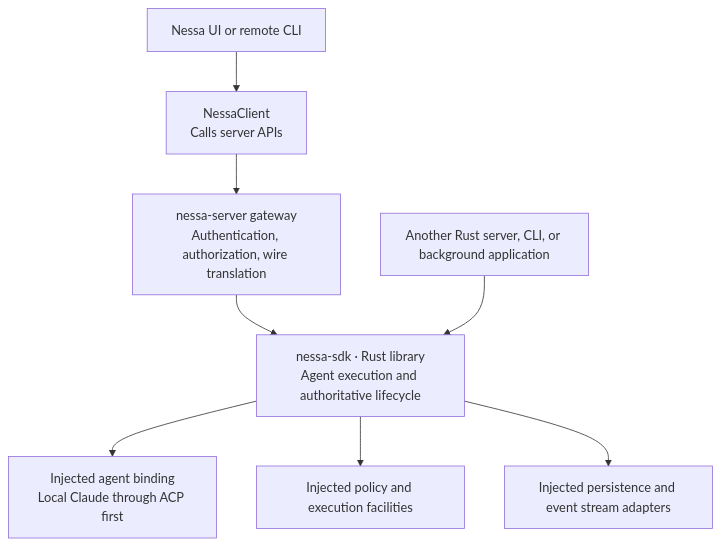
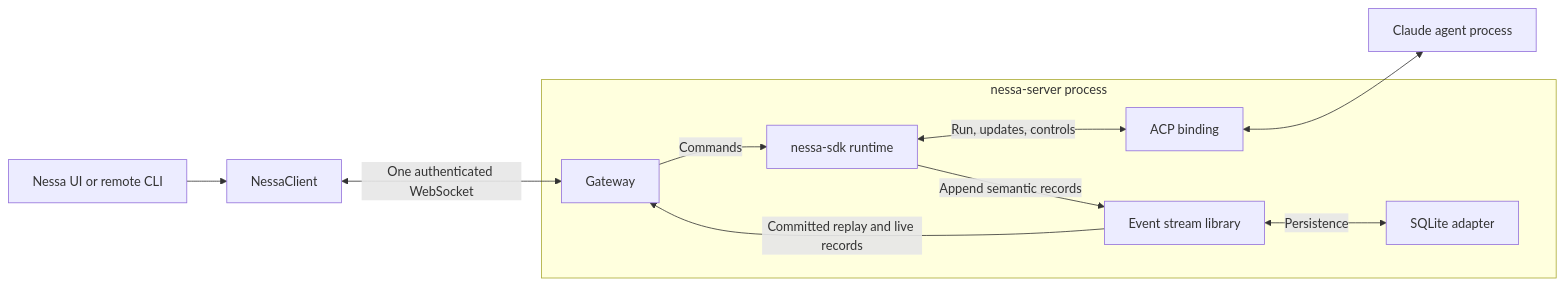
Before and after one commit to nessalabs/nessa-agent: the first of 9 diagrams in docs/adr/todo/0008-agent-client-api.md, drawn with Mermaid. The commit also changed other lines of this file and 43 other files, not shown here.

First line of the commit message:
Implement model metadata catalog and document agent runtime boundaries (#25)

````diff
--- a/docs/adr/todo/0008-agent-client-api.md
+++ b/docs/adr/todo/0008-agent-client-api.md
@@ -51,10 +71,13 @@
 ```mermaid
-flowchart TD
-    UI["Nessa UI or remote CLI"] --> Client["NessaClient<br/>Calls server APIs"]
-    Client --> Gateway["nessa-server gateway<br/>Authentication, authorization, wire translation"]
-    Gateway --> SDK["nessa-sdk · Rust library<br/>Agent execution and authoritative lifecycle"]
-    Host["Another Rust server, CLI, or background application"] --> SDK
-    SDK --> Binding["Injected agent binding<br/>Local Claude through ACP first"]
-    SDK --> Policy["Injected policy and execution facilities"]
-    SDK --> Records["Injected persistence and event stream adapters"]
+flowchart LR
+    UI["Nessa UI or remote CLI"] --> Client["NessaClient"]
+    Client <-->|"One authenticated WebSocket"| Gateway
+    subgraph Server["nessa-server process"]
+        Gateway["Gateway"] -->|"Commands"| SDK["nessa-sdk runtime"]
+        SDK <-->|"Run, updates, controls"| Binding["ACP binding"]
+        SDK -->|"Append semantic records"| Stream["Event stream library"]
+        Stream -->|"Committed replay and live records"| Gateway
+        Stream <-->|"Persistence"| Storage["SQLite adapter"]
+    end
+    Binding <--> Agent["Claude agent process"]
 ```
````
